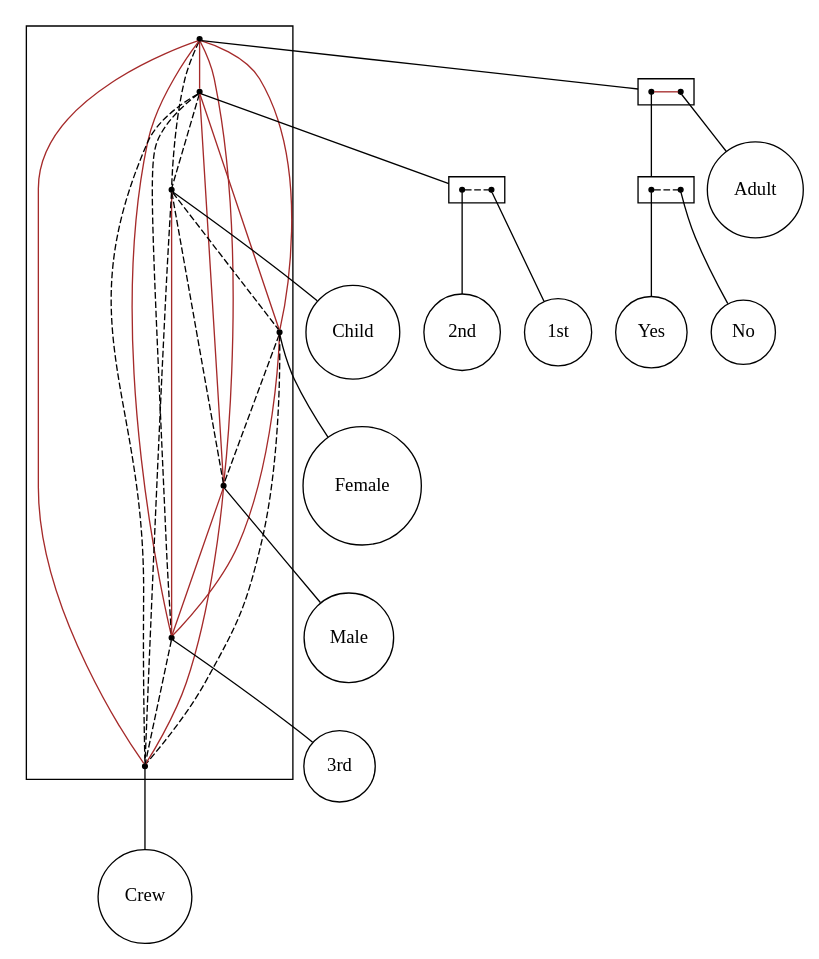
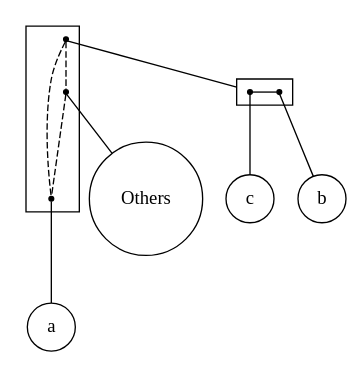
One commit to lrodrin/TFG changed the diagram in src/extension/linear_2-structure.dot. Above: the diagram before and after it, drawn with Graphviz. The commit also changed 4 other files, not shown here.

```diff
--- a/src/extension/linear_2-structure.dot
+++ b/src/extension/linear_2-structure.dot
@@ -1,73 +1,29 @@
 strict digraph "linear_2-structure" {
 compound=true;
 fontname=Verdana;
 fontsize=12;
 newrank=true;
 node [shape=circle];
-Child;
-Female;
-Male;
-"3rd";
-Crew;
-Adult;
-"2nd";
-"1st";
-Yes;
-No;
-subgraph cluster_1stFemaleAdultMaleYesChild3rdNoCrew2nd {
+Others;
+a;
+c;
+b;
+subgraph cluster_Othersbac {
 node [shape=point];
-s_AdultYesNo -> s_1st2nd  [arrowhead=none, color=brown, style=solid];
-s_AdultYesNo -> s_Child  [arrowhead=none, color=black, style=dashed];
-s_AdultYesNo -> s_Female  [arrowhead=none, color=brown, style=solid];
-s_AdultYesNo -> s_Male  [arrowhead=none, color=brown, style=solid];
-s_AdultYesNo -> s_3rd  [arrowhead=none, color=brown, style=solid];
-s_AdultYesNo -> s_Crew  [arrowhead=none, color=brown, style=solid];
-s_1st2nd -> s_Child  [arrowhead=none, color=black, style=dashed];
-s_1st2nd -> s_Female  [arrowhead=none, color=brown, style=solid];
-s_1st2nd -> s_Male  [arrowhead=none, color=brown, style=solid];
-s_1st2nd -> s_3rd  [arrowhead=none, color=black, style=dashed];
-s_1st2nd -> s_Crew  [arrowhead=none, color=black, style=dashed];
-s_Child -> s_Female  [arrowhead=none, color=black, style=dashed];
-s_Child -> s_Male  [arrowhead=none, color=black, style=dashed];
-s_Child -> s_3rd  [arrowhead=none, color=brown, style=solid];
-s_Child -> s_Crew  [arrowhead=none, color=black, style=dashed];
-s_Female -> s_Male  [arrowhead=none, color=black, style=dashed];
-s_Female -> s_3rd  [arrowhead=none, color=brown, style=solid];
-s_Female -> s_Crew  [arrowhead=none, color=black, style=dashed];
-s_Male -> s_3rd  [arrowhead=none, color=brown, style=solid];
-s_Male -> s_Crew  [arrowhead=none, color=brown, style=solid];
-s_3rd -> s_Crew  [arrowhead=none, color=black, style=dashed];
+s_bc -> s_Others  [arrowhead=none, color=black, style=dashed];
+s_bc -> s_a  [arrowhead=none, color=black, style=dashed];
+s_Others -> s_a  [arrowhead=none, color=black, style=dashed];
 }
 
-subgraph cluster_AdultYesNo {
+subgraph cluster_bc {
 rank=same;
 node [shape=point];
-s_YesNo -> s_Adult  [arrowhead=none, color=brown, style=solid];
+s_c -> s_b  [arrowhead=none, color=black, style=solid];
 }
 
-subgraph cluster_1st2nd {
-rank=same;
-node [shape=point];
-s_2nd -> s_1st  [arrowhead=none, color=black, style=dashed];
+s_bc -> s_c  [arrowhead=none, lhead=cluster_bc];
+s_Others -> Others  [arrowhead=none];
+s_a -> a  [arrowhead=none];
+s_c -> c  [arrowhead=none];
+s_b -> b  [arrowhead=none];
 }
-
-subgraph cluster_YesNo {
-rank=same;
-node [shape=point];
-s_Yes -> s_No  [arrowhead=none, color=black, style=dashed];
-}
-
-s_AdultYesNo -> s_YesNo  [arrowhead=none, lhead=cluster_AdultYesNo];
-s_1st2nd -> s_2nd  [arrowhead=none, lhead=cluster_1st2nd];
-s_Child -> Child  [arrowhead=none];
-s_Female -> Female  [arrowhead=none];
-s_Male -> Male  [arrowhead=none];
-s_3rd -> "3rd"  [arrowhead=none];
-s_Crew -> Crew  [arrowhead=none];
-s_YesNo -> s_Yes  [arrowhead=none, lhead=cluster_YesNo];
-s_Adult -> Adult  [arrowhead=none];
-s_2nd -> "2nd"  [arrowhead=none];
-s_1st -> "1st"  [arrowhead=none];
-s_Yes -> Yes  [arrowhead=none];
-s_No -> No  [arrowhead=none];
-}
```
